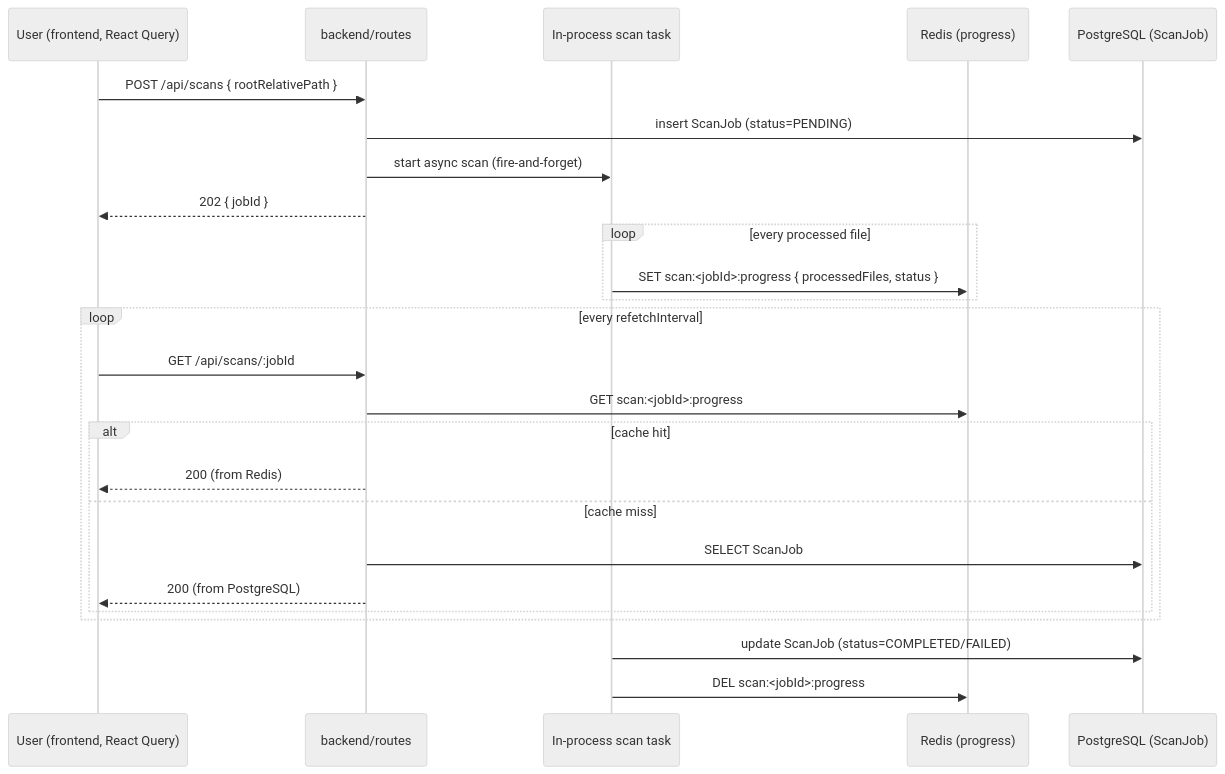
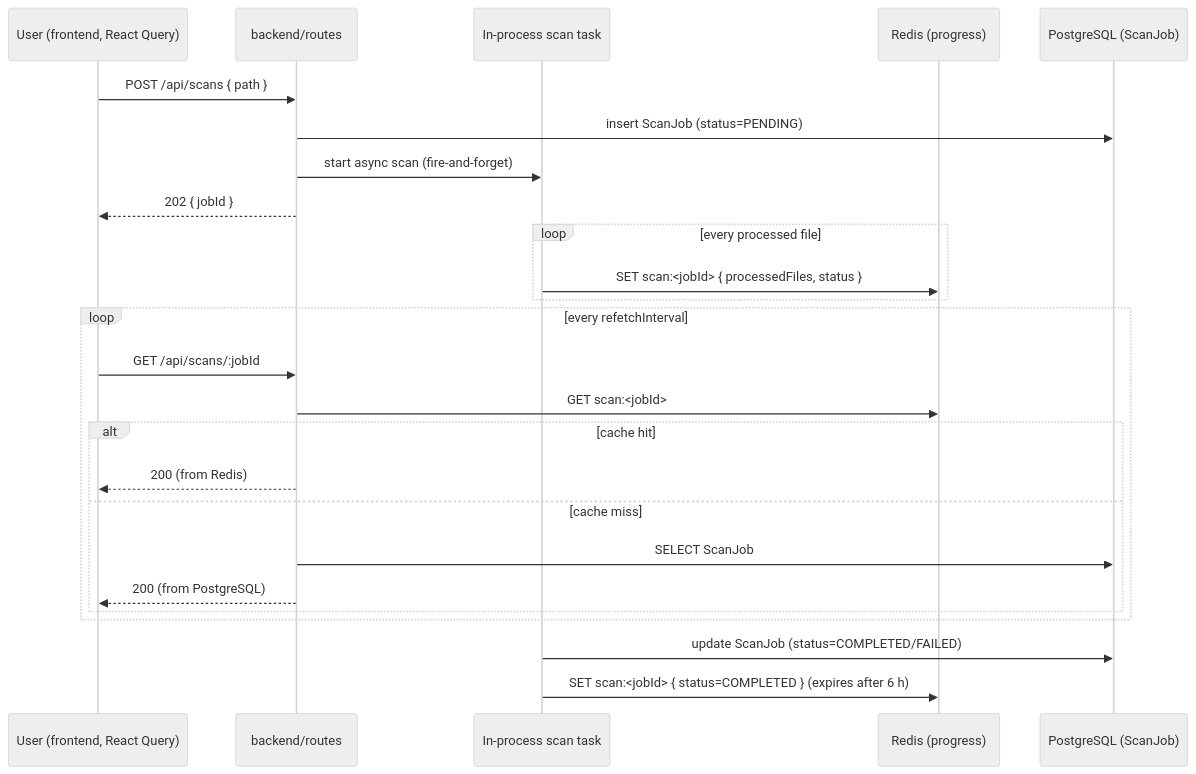
One commit to Novachocolat/rom-rag-sae-but3 changed the diagram in docs/adr/012-in-process-job-with-redis-progress-no-bullmq.md. Above: the diagram before and after it, drawn with Mermaid (neutral theme). The commit also changed other lines of this file and 30 other files, not shown here.

````diff
--- a/docs/adr/012-in-process-job-with-redis-progress-no-bullmq.md
+++ b/docs/adr/012-in-process-job-with-redis-progress-no-bullmq.md
@@ -45,31 +45,31 @@
 ```mermaid
 sequenceDiagram
     participant U as User (frontend, React Query)
     participant API as backend/routes
     participant Mem as In-process scan task
     participant R as Redis (progress)
     participant DB as PostgreSQL (ScanJob)
 
-    U->>API: POST /api/scans { rootRelativePath }
+    U->>API: POST /api/scans { path }
     API->>DB: insert ScanJob (status=PENDING)
     API->>Mem: start async scan (fire-and-forget)
     API-->>U: 202 { jobId }
 
     loop every processed file
-        Mem->>R: SET scan:<jobId>:progress { processedFiles, status }
+        Mem->>R: SET scan:<jobId> { processedFiles, status }
     end
 
     loop every refetchInterval
         U->>API: GET /api/scans/:jobId
-        API->>R: GET scan:<jobId>:progress
+        API->>R: GET scan:<jobId>
         alt cache hit
             API-->>U: 200 (from Redis)
         else cache miss
             API->>DB: SELECT ScanJob
             API-->>U: 200 (from PostgreSQL)
         end
     end
 
     Mem->>DB: update ScanJob (status=COMPLETED/FAILED)
-    Mem->>R: DEL scan:<jobId>:progress
+    Mem->>R: SET scan:<jobId> { status=COMPLETED } (expires after 6 h)
 ```
````
